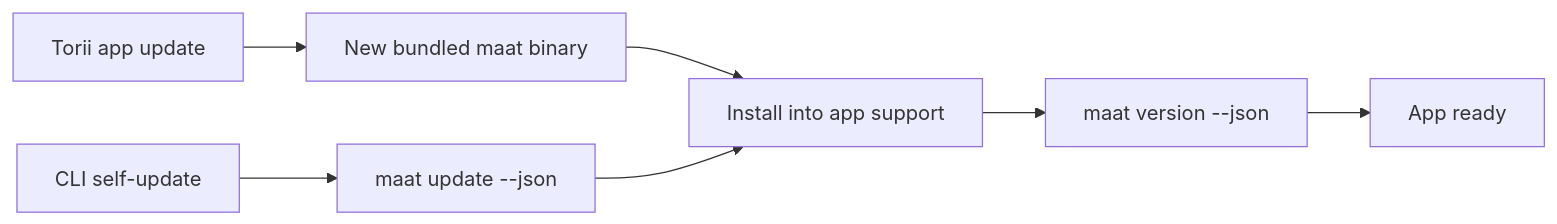
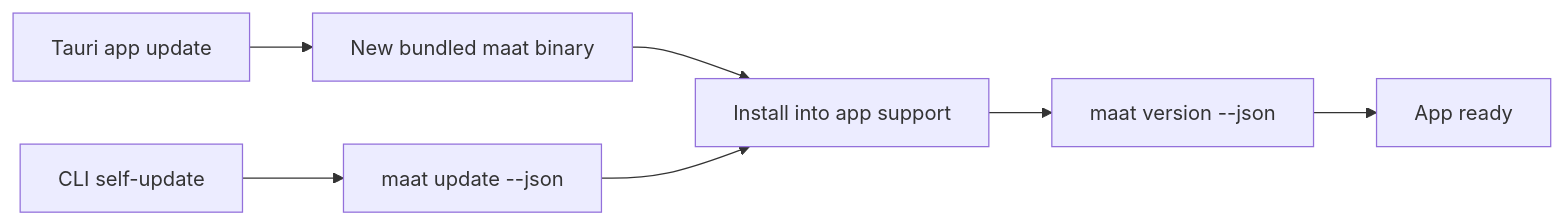
Before and after one commit to sunday-studio/maat: the fifth of 5 diagrams in docs/macos-app-architecture.md, drawn with Mermaid. The commit also changed other lines of this file, not shown here.

Commit message:
docs(architecture): correct tauri app naming

````diff
--- a/docs/macos-app-architecture.md
+++ b/docs/macos-app-architecture.md
@@ -220,9 +220,9 @@
 ```mermaid
 flowchart LR
-    APP[Torii app update] --> BUNDLE[New bundled maat binary]
+    APP[Tauri app update] --> BUNDLE[New bundled maat binary]
     BUNDLE --> INSTALL[Install into app support]
     INSTALL --> VERSION[maat version --json]
     VERSION --> READY[App ready]
     CLI[CLI self-update] --> CHECK[maat update --json]
     CHECK --> INSTALL
 ```
````
